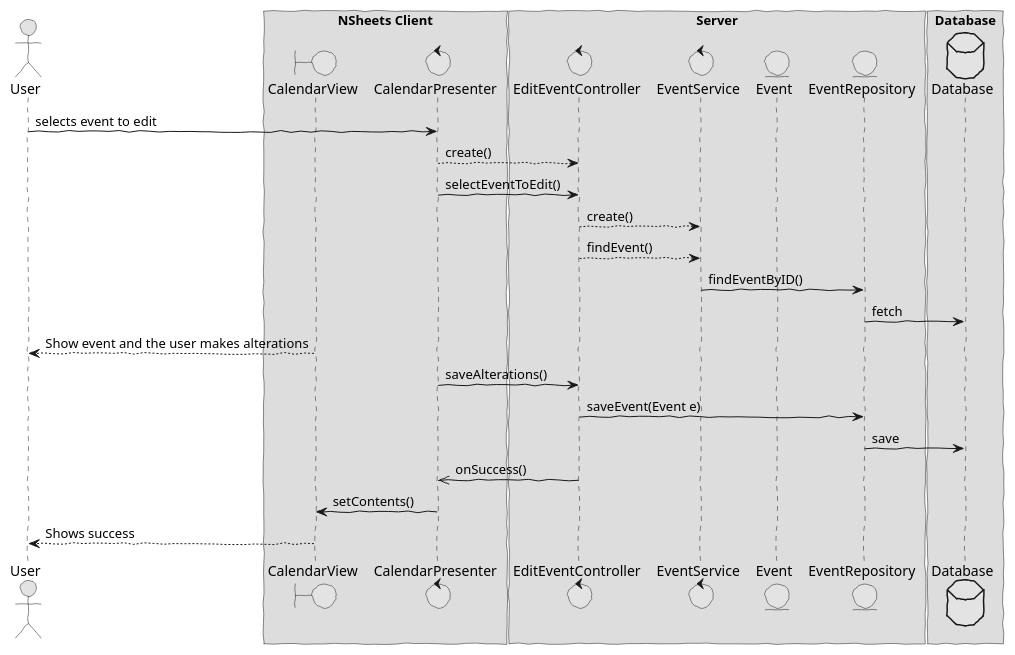
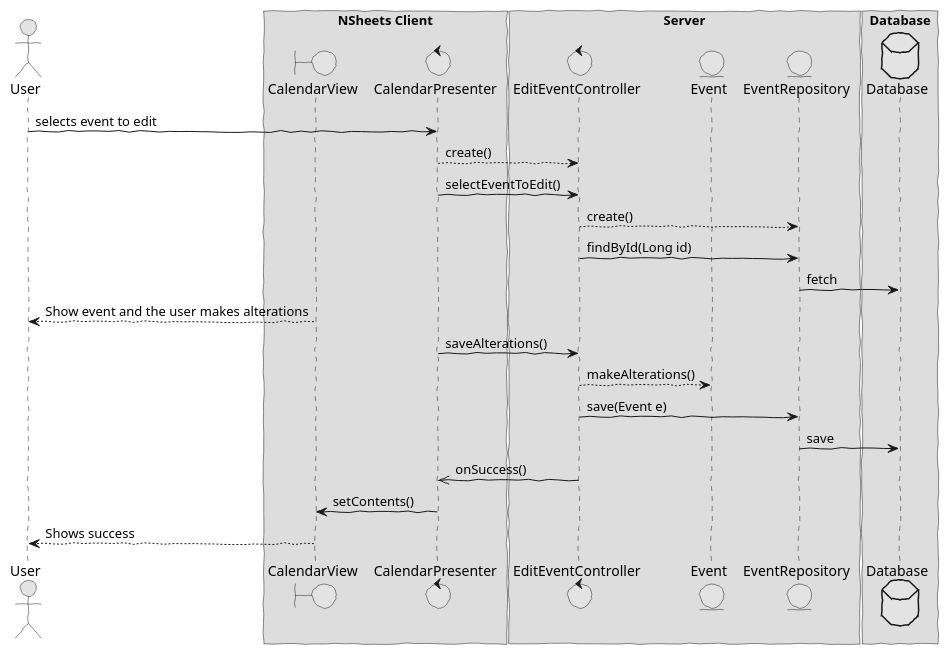
One commit to HugoFernandes2343/LAPR4_2017-2018 changed the diagram in docs/red/s1161213/sp1/design2.puml. Above: the diagram before and after it, drawn with PlantUML. The commit also changed 14 other files, not shown here.

```diff
--- a/docs/red/s1161213/sp1/design2.puml
+++ b/docs/red/s1161213/sp1/design2.puml
@@ -1,48 +1,46 @@
-@startuml  design1.png
+@startuml  design2.png
 skinparam handwritten true
 skinparam monochrome true
 skinparam packageStyle rect
 skinparam defaultFontName FG Virgil
 skinparam shadowing false
 
 actor User
 boundary CalendarView
 control CalendarPresenter
 control EditEventController
-control EventService
 entity EventRepository
 entity Event
 database Database
 
 box "NSheets Client"
 participant CalendarView
 participant CalendarPresenter
 end box
 
 box "Server"
 participant EditEventController
-participant EventService
 participant Event
 participant EventRepository
 end box
 
 box "Database"
 participant Database
 end box
 
 User -> CalendarPresenter : selects event to edit
 CalendarPresenter --> EditEventController : create()
 CalendarPresenter -> EditEventController : selectEventToEdit()
-EditEventController --> EventService : create()
-EditEventController --> EventService : findEvent()
-EventService -> EventRepository : findEventByID()
+EditEventController --> EventRepository : create()
+EditEventController -> EventRepository : findById(Long id)
 EventRepository  -> Database : fetch
 CalendarView --> User : Show event and the user makes alterations
 CalendarPresenter -> EditEventController : saveAlterations()
-EditEventController -> EventRepository : saveEvent(Event e)
+EditEventController --> Event : makeAlterations()
+EditEventController -> EventRepository : save(Event e)
 EventRepository  -> Database : save
 EditEventController ->> CalendarPresenter : onSuccess()
 CalendarPresenter -> CalendarView : setContents()
 CalendarView --> User: Shows success
 
 @enduml
```
